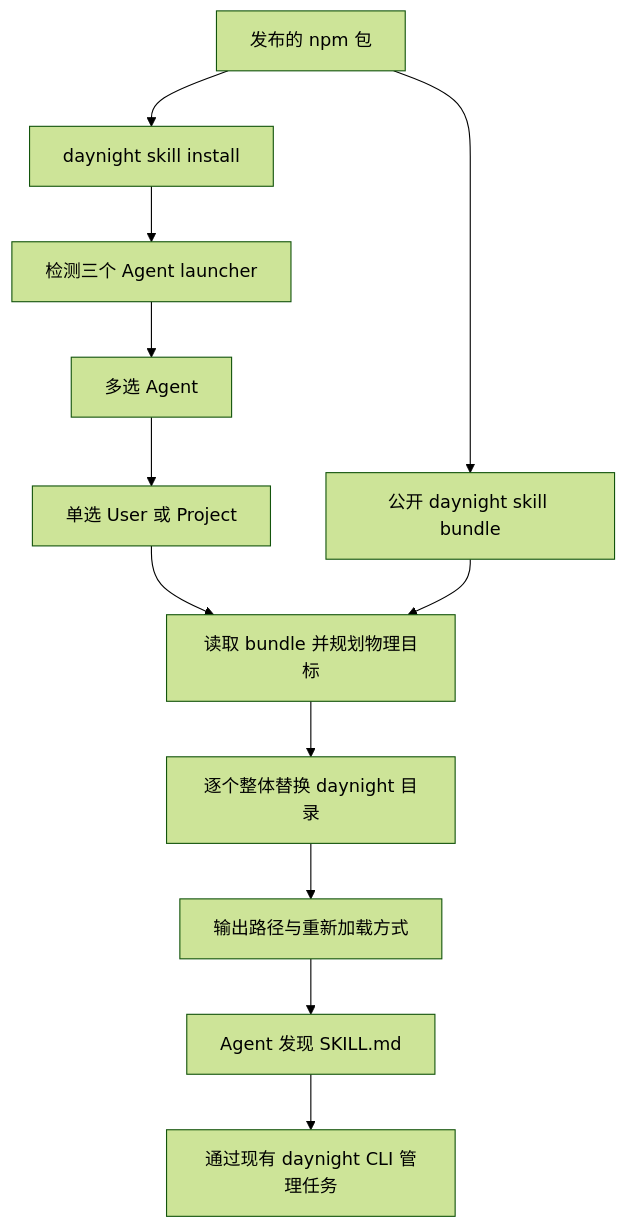
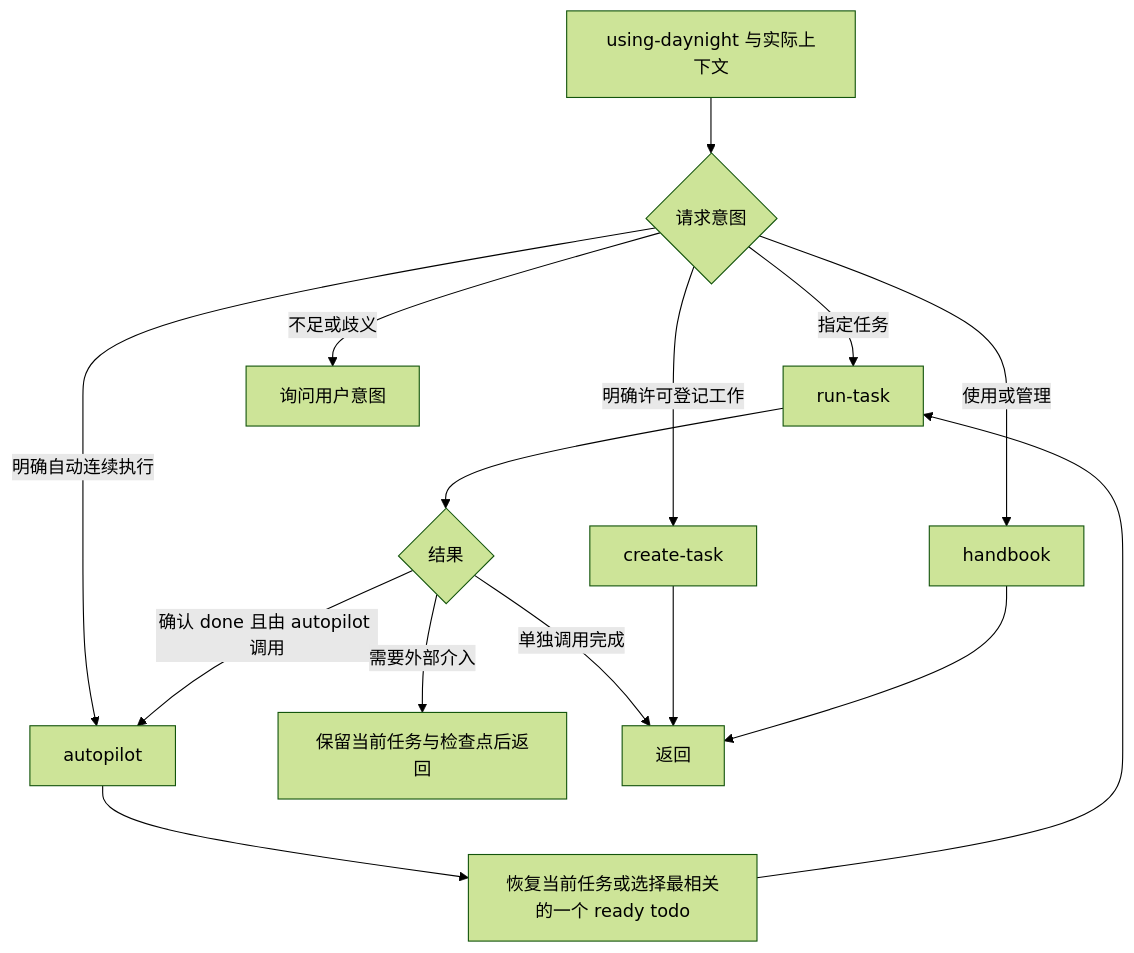
Before and after one commit to codetreker/day-night: the diagram in docs/design/daynight-agent-skill.md, drawn with Mermaid (forest theme). The commit also changed other lines of this file and 28 other files, not shown here.

First line of the commit message:
feat: route task workflows through using-daynight (#100)

````diff
--- a/docs/design/daynight-agent-skill.md
+++ b/docs/design/daynight-agent-skill.md
@@ -33,14 +50,17 @@
 ```mermaid
 flowchart TD
-    A[发布的 npm 包] --> B[公开 daynight skill bundle]
-    A --> C[daynight skill install]
-    C --> D[检测三个 Agent launcher]
-    D --> E[多选 Agent]
-    E --> F[单选 User 或 Project]
-    F --> G[读取 bundle 并规划物理目标]
-    G --> H[逐个整体替换 daynight 目录]
-    H --> I[输出路径与重新加载方式]
-    B --> G
-    I --> J[Agent 发现 SKILL.md]
-    J --> K[通过现有 daynight CLI 管理任务]
+    A[using-daynight 与实际上下文] --> B{请求意图}
+    B -->|使用或管理| H[handbook]
+    B -->|明确许可登记工作| C[create-task]
+    B -->|指定任务| R[run-task]
+    B -->|明确自动连续执行| P[autopilot]
+    B -->|不足或歧义| Q[询问用户意图]
+    P --> S[恢复当前任务或选择最相关的一个 ready todo]
+    S --> R
+    R --> T{结果}
+    T -->|确认 done 且由 autopilot 调用| P
+    T -->|需要外部介入| W[保留当前任务与检查点后返回]
+    T -->|单独调用完成| E[返回]
+    C --> E
+    H --> E
 ```
````
